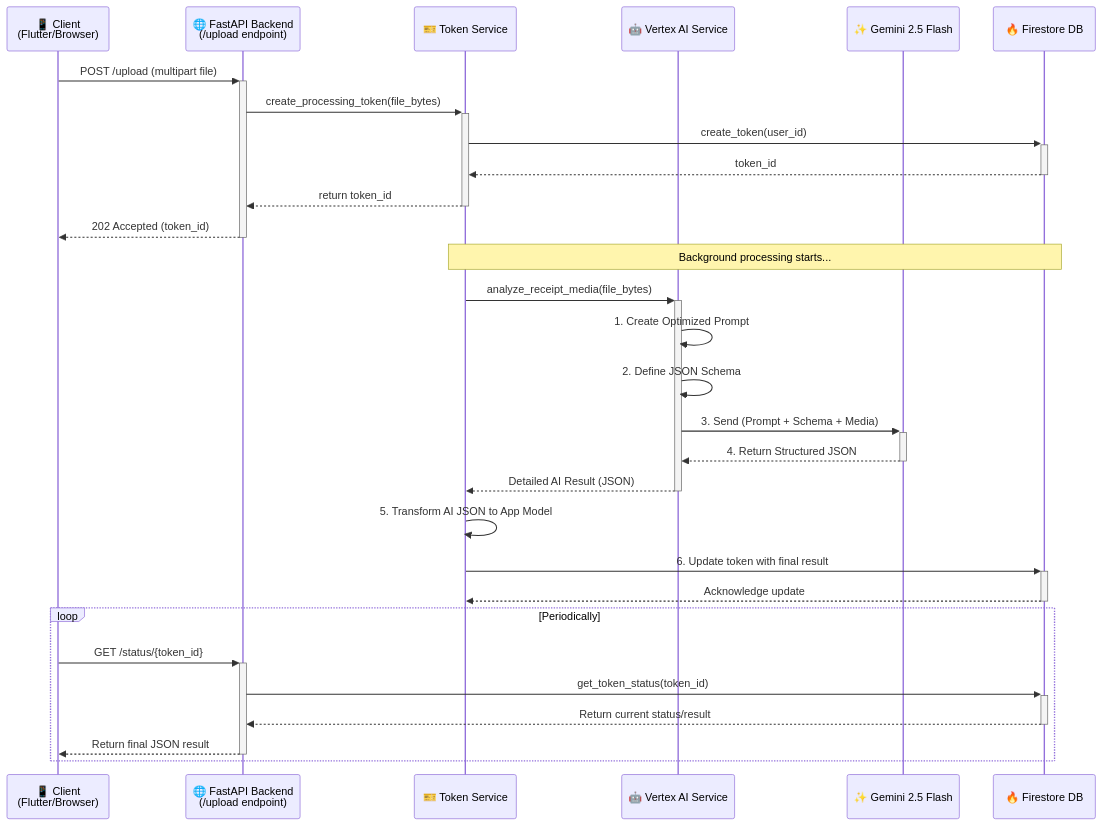
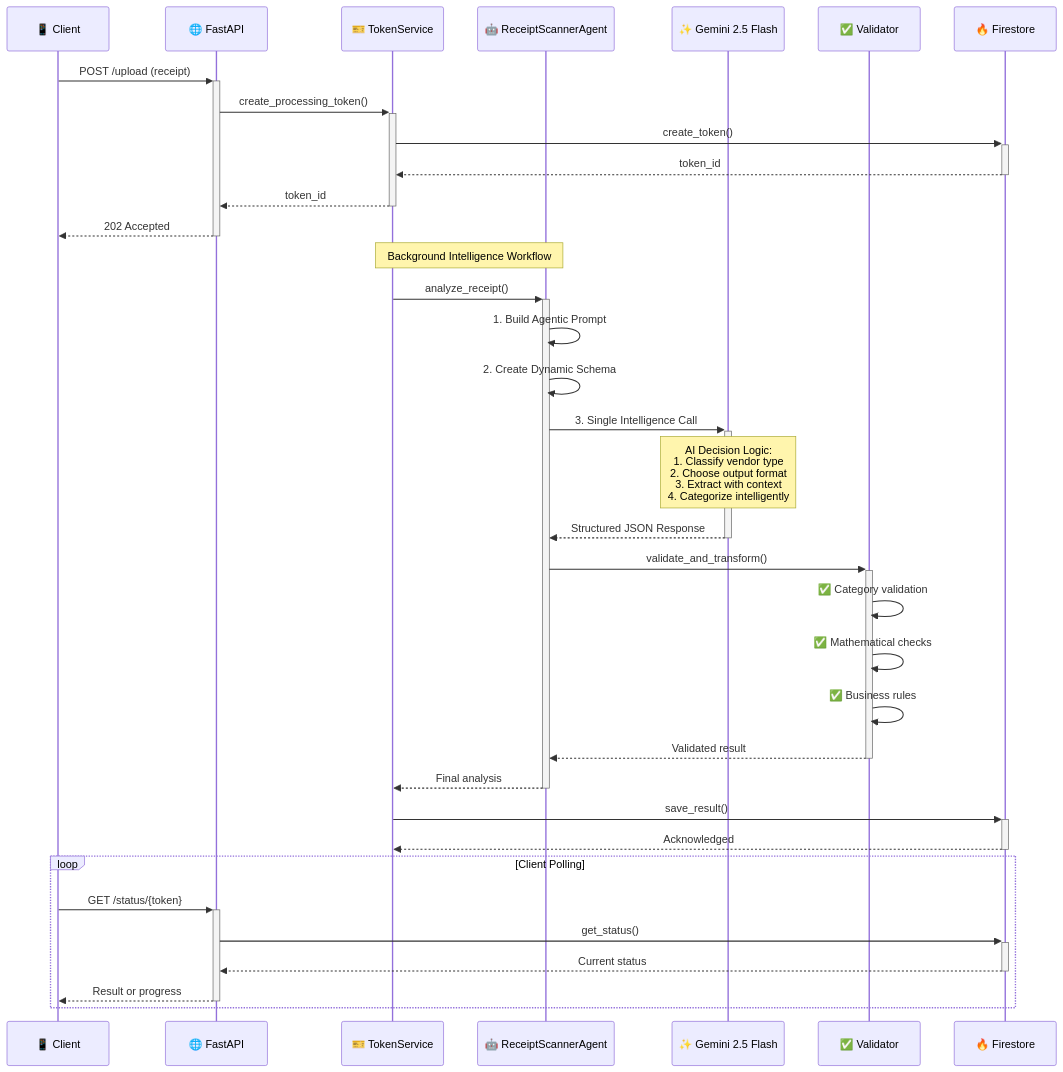
Before and after one commit to tsathya98/WalleteriumImperium: the diagram in README.md, drawn with Mermaid. The commit also changed other lines of this file and 10 other files, not shown here.

First line of the commit message:
Refactor receipt processing architecture to enhance AI analysis capabilities

````diff
--- a/README.md
+++ b/README.md
@@ -89,35 +63,40 @@
 ```mermaid
 sequenceDiagram
-    participant Client as 📱 Client<br>(Flutter/Browser)
-    participant FastAPI as 🌐 FastAPI Backend<br>(/upload endpoint)
-    participant TokenService as 🎫 Token Service
-    participant VertexAIService as 🤖 Vertex AI Service
+    participant Client as 📱 Client
+    participant API as 🌐 FastAPI
+    participant TokenSvc as 🎫 TokenService
+    participant Agent as 🤖 ReceiptScannerAgent
     participant Gemini as ✨ Gemini 2.5 Flash
-    participant Firestore as 🔥 Firestore DB
+    participant Validator as ✅ Validator
+    participant DB as 🔥 Firestore
 
-    Client->>+FastAPI: POST /upload (multipart file)
-    FastAPI->>+TokenService: create_processing_token(file_bytes)
-    TokenService->>+Firestore: create_token(user_id)
-    Firestore-->>-TokenService: token_id
-    TokenService-->>-FastAPI: return token_id
-    FastAPI-->>-Client: 202 Accepted (token_id)
+    Client->>+API: POST /upload (receipt)
+    API->>+TokenSvc: create_processing_token()
+    TokenSvc->>+DB: create_token()
+    DB-->>-TokenSvc: token_id
+    TokenSvc-->>-API: token_id
+    API-->>-Client: 202 Accepted
 
-    Note over TokenService,Firestore: Background processing starts...
-    TokenService->>+VertexAIService: analyze_receipt_media(file_bytes)
-    VertexAIService->>VertexAIService: 1. Create Optimized Prompt
-    VertexAIService->>VertexAIService: 2. Define JSON Schema
-    VertexAIService->>+Gemini: 3. Send (Prompt + Schema + Media)
-    Gemini-->>-VertexAIService: 4. Return Structured JSON
-    VertexAIService-->>-TokenService: Detailed AI Result (JSON)
+    Note over TokenSvc,Agent: Background Intelligence Workflow
+    TokenSvc->>+Agent: analyze_receipt()
+    Agent->>Agent: 1. Build Agentic Prompt
+    Agent->>Agent: 2. Create Dynamic Schema
+    Agent->>+Gemini: 3. Single Intelligence Call
+    Note over Gemini: AI Decision Logic:<br/>1. Classify vendor type<br/>2. Choose output format<br/>3. Extract with context<br/>4. Categorize intelligently
+    Gemini-->>-Agent: Structured JSON Response
+    Agent->>+Validator: validate_and_transform()
+    Validator->>Validator: ✅ Category validation
+    Validator->>Validator: ✅ Mathematical checks
+    Validator->>Validator: ✅ Business rules
+    Validator-->>-Agent: Validated result
+    Agent-->>-TokenSvc: Final analysis
+    TokenSvc->>+DB: save_result()
+    DB-->>-TokenSvc: Acknowledged
 
-    TokenService->>TokenService: 5. Transform AI JSON to App Model
-    TokenService->>+Firestore: 6. Update token with final result
-    Firestore-->>-TokenService: Acknowledge update
-
-    loop Periodically
-        Client->>+FastAPI: GET /status/{token_id}
-        FastAPI->>+Firestore: get_token_status(token_id)
-        Firestore-->>-FastAPI: Return current status/result
-        FastAPI-->>-Client: Return final JSON result
+    loop Client Polling
+        Client->>+API: GET /status/{token}
+        API->>+DB: get_status()
+        DB-->>-API: Current status
+        API-->>-Client: Result or progress
     end
 ```
````
